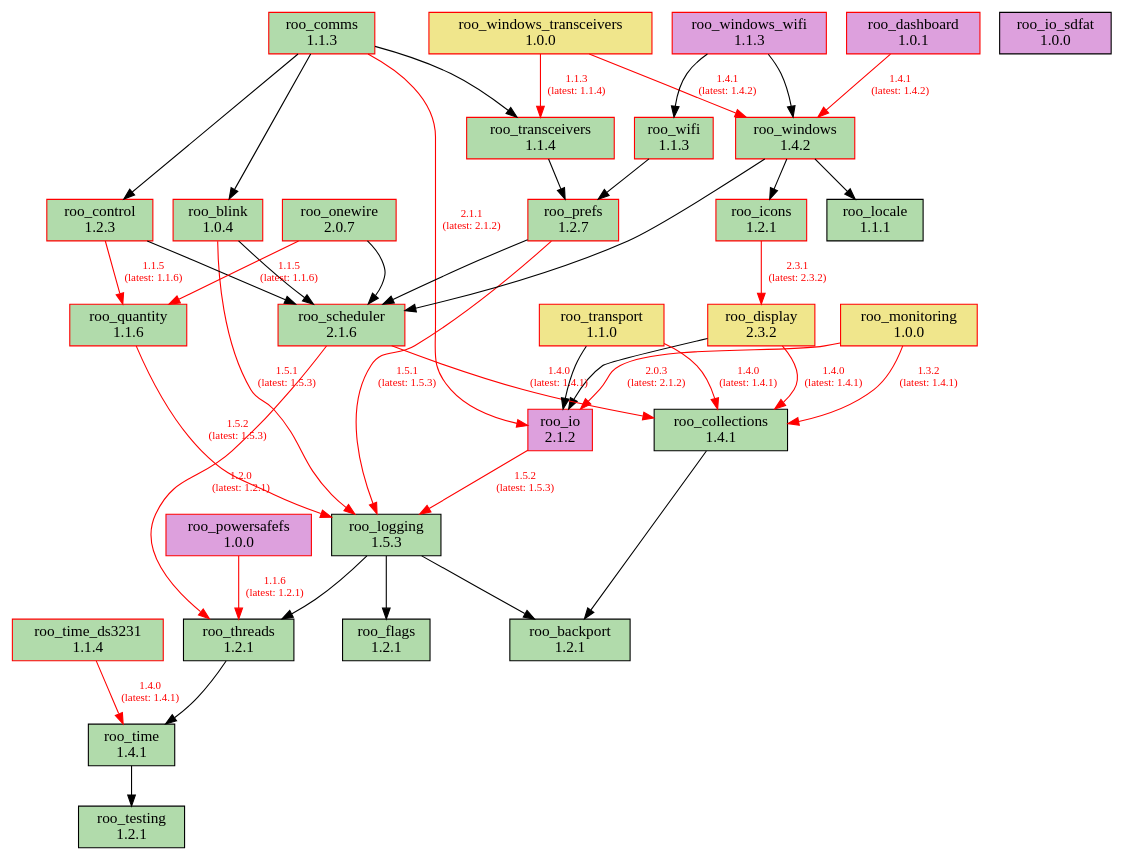
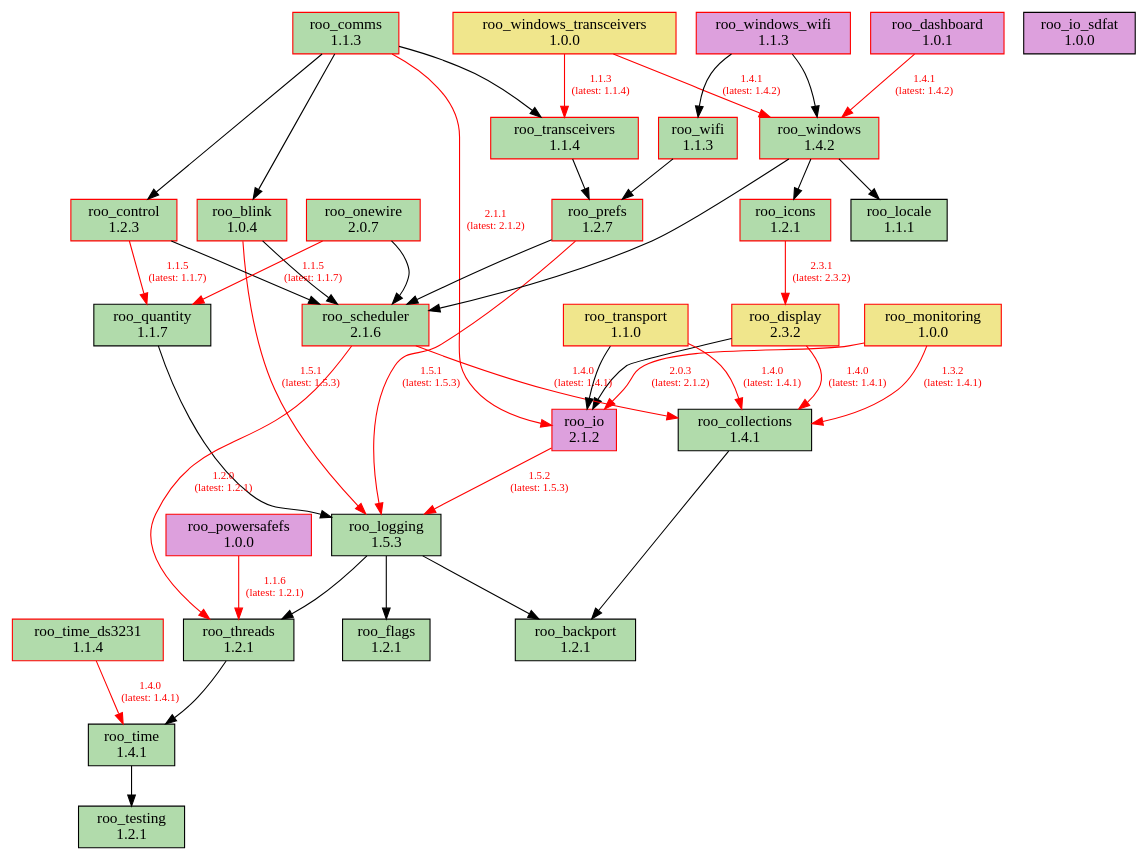
Before and after one commit to dejwk/roo-registry: the diagram in doc/dependencies.dot, drawn with Graphviz. The commit also changed 3 other files, not shown here.

Commit message:
Added roo_quantity 1.1.7 to the registry.

```diff
--- a/doc/dependencies.dot
+++ b/doc/dependencies.dot
@@ -1,79 +1,79 @@
 digraph dependencies {
     rankdir=TB;
     node [shape=box, style=filled];
     edge [fontsize=10];
 
     // Modules
     "roo_backport" [label="roo_backport\n1.2.1", fillcolor="#b1dbab", color="black"];
     "roo_blink" [label="roo_blink\n1.0.4", fillcolor="#b1dbab", color="red"];
     "roo_collections" [label="roo_collections\n1.4.1", fillcolor="#b1dbab", color="black"];
     "roo_comms" [label="roo_comms\n1.1.3", fillcolor="#b1dbab", color="red"];
     "roo_control" [label="roo_control\n1.2.3", fillcolor="#b1dbab", color="red"];
     "roo_dashboard" [label="roo_dashboard\n1.0.1", fillcolor="plum", color="red"];
     "roo_display" [label="roo_display\n2.3.2", fillcolor="khaki", color="red"];
     "roo_flags" [label="roo_flags\n1.2.1", fillcolor="#b1dbab", color="black"];
     "roo_icons" [label="roo_icons\n1.2.1", fillcolor="#b1dbab", color="red"];
     "roo_io" [label="roo_io\n2.1.2", fillcolor="plum", color="red"];
     "roo_io_sdfat" [label="roo_io_sdfat\n1.0.0", fillcolor="plum", color="black"];
     "roo_locale" [label="roo_locale\n1.1.1", fillcolor="#b1dbab", color="black"];
     "roo_logging" [label="roo_logging\n1.5.3", fillcolor="#b1dbab", color="black"];
     "roo_monitoring" [label="roo_monitoring\n1.0.0", fillcolor="khaki", color="red"];
     "roo_onewire" [label="roo_onewire\n2.0.7", fillcolor="#b1dbab", color="red"];
     "roo_powersafefs" [label="roo_powersafefs\n1.0.0", fillcolor="plum", color="red"];
     "roo_prefs" [label="roo_prefs\n1.2.7", fillcolor="#b1dbab", color="red"];
-    "roo_quantity" [label="roo_quantity\n1.1.6", fillcolor="#b1dbab", color="red"];
+    "roo_quantity" [label="roo_quantity\n1.1.7", fillcolor="#b1dbab", color="black"];
     "roo_scheduler" [label="roo_scheduler\n2.1.6", fillcolor="#b1dbab", color="red"];
     "roo_testing" [label="roo_testing\n1.2.1", fillcolor="#b1dbab", color="black"];
     "roo_threads" [label="roo_threads\n1.2.1", fillcolor="#b1dbab", color="black"];
     "roo_time" [label="roo_time\n1.4.1", fillcolor="#b1dbab", color="black"];
     "roo_time_ds3231" [label="roo_time_ds3231\n1.1.4", fillcolor="#b1dbab", color="red"];
     "roo_transceivers" [label="roo_transceivers\n1.1.4", fillcolor="#b1dbab", color="red"];
     "roo_transport" [label="roo_transport\n1.1.0", fillcolor="khaki", color="red"];
     "roo_wifi" [label="roo_wifi\n1.1.3", fillcolor="#b1dbab", color="red"];
     "roo_windows" [label="roo_windows\n1.4.2", fillcolor="#b1dbab", color="red"];
     "roo_windows_transceivers" [label="roo_windows_transceivers\n1.0.0", fillcolor="khaki", color="red"];
     "roo_windows_wifi" [label="roo_windows_wifi\n1.1.3", fillcolor="plum", color="red"];
 
     // Dependencies
     "roo_blink" -> "roo_logging" [color=red, fontcolor=red, label="1.5.1\n(latest: 1.5.3)"];
     "roo_blink" -> "roo_scheduler";
     "roo_collections" -> "roo_backport";
     "roo_comms" -> "roo_blink";
     "roo_comms" -> "roo_control";
     "roo_comms" -> "roo_io" [color=red, fontcolor=red, label="2.1.1\n(latest: 2.1.2)"];
     "roo_comms" -> "roo_transceivers";
-    "roo_control" -> "roo_quantity" [color=red, fontcolor=red, label="1.1.5\n(latest: 1.1.6)"];
+    "roo_control" -> "roo_quantity" [color=red, fontcolor=red, label="1.1.5\n(latest: 1.1.7)"];
     "roo_control" -> "roo_scheduler";
     "roo_dashboard" -> "roo_windows" [color=red, fontcolor=red, label="1.4.1\n(latest: 1.4.2)"];
     "roo_display" -> "roo_collections" [color=red, fontcolor=red, label="1.4.0\n(latest: 1.4.1)"];
     "roo_display" -> "roo_io";
     "roo_icons" -> "roo_display" [color=red, fontcolor=red, label="2.3.1\n(latest: 2.3.2)"];
     "roo_io" -> "roo_logging" [color=red, fontcolor=red, label="1.5.2\n(latest: 1.5.3)"];
     "roo_logging" -> "roo_backport";
     "roo_logging" -> "roo_flags";
     "roo_logging" -> "roo_threads";
     "roo_monitoring" -> "roo_collections" [color=red, fontcolor=red, label="1.3.2\n(latest: 1.4.1)"];
     "roo_monitoring" -> "roo_io" [color=red, fontcolor=red, label="2.0.3\n(latest: 2.1.2)"];
     "roo_onewire" -> "roo_scheduler";
-    "roo_onewire" -> "roo_quantity" [color=red, fontcolor=red, label="1.1.5\n(latest: 1.1.6)"];
+    "roo_onewire" -> "roo_quantity" [color=red, fontcolor=red, label="1.1.5\n(latest: 1.1.7)"];
     "roo_powersafefs" -> "roo_threads" [color=red, fontcolor=red, label="1.1.6\n(latest: 1.2.1)"];
     "roo_prefs" -> "roo_logging" [color=red, fontcolor=red, label="1.5.1\n(latest: 1.5.3)"];
     "roo_prefs" -> "roo_scheduler";
-    "roo_quantity" -> "roo_logging" [color=red, fontcolor=red, label="1.5.2\n(latest: 1.5.3)"];
+    "roo_quantity" -> "roo_logging";
     "roo_scheduler" -> "roo_collections" [color=red, fontcolor=red, label="1.4.0\n(latest: 1.4.1)"];
     "roo_scheduler" -> "roo_threads" [color=red, fontcolor=red, label="1.2.0\n(latest: 1.2.1)"];
     "roo_threads" -> "roo_time";
     "roo_time" -> "roo_testing";
     "roo_time_ds3231" -> "roo_time" [color=red, fontcolor=red, label="1.4.0\n(latest: 1.4.1)"];
     "roo_transceivers" -> "roo_prefs";
     "roo_transport" -> "roo_collections" [color=red, fontcolor=red, label="1.4.0\n(latest: 1.4.1)"];
     "roo_transport" -> "roo_io";
     "roo_wifi" -> "roo_prefs";
     "roo_windows" -> "roo_locale";
     "roo_windows" -> "roo_icons";
     "roo_windows" -> "roo_scheduler";
     "roo_windows_transceivers" -> "roo_transceivers" [color=red, fontcolor=red, label="1.1.3\n(latest: 1.1.4)"];
     "roo_windows_transceivers" -> "roo_windows" [color=red, fontcolor=red, label="1.4.1\n(latest: 1.4.2)"];
     "roo_windows_wifi" -> "roo_wifi";
     "roo_windows_wifi" -> "roo_windows";
 }
```
